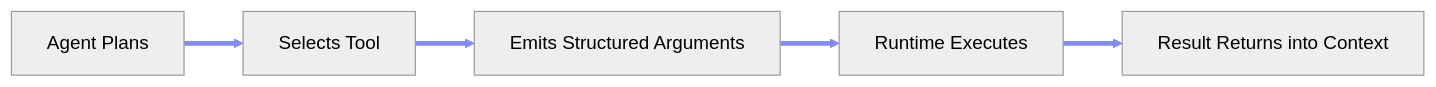
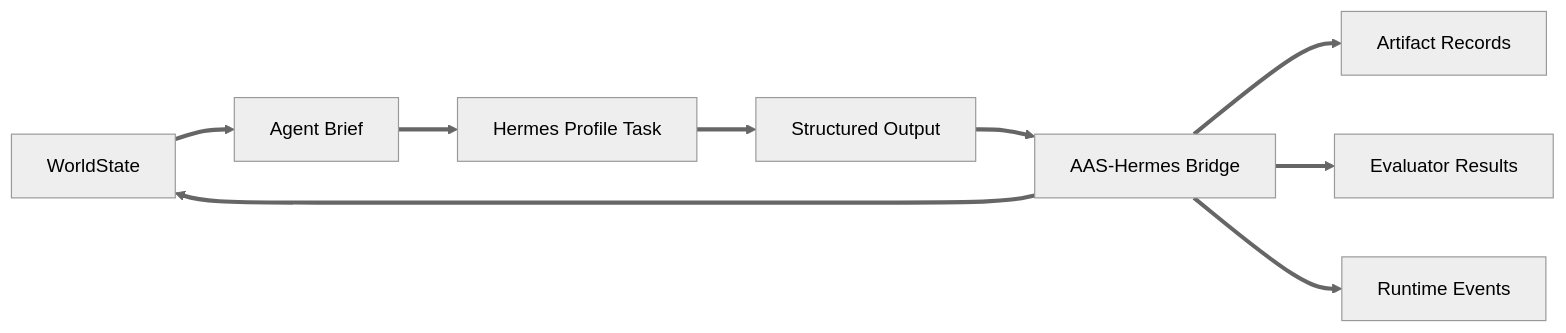
One commit to nyandesigns0/openclaw-guide changed the second of 2 diagrams in content/chapter-2.2.md. Above: the diagram before and after it, drawn with Mermaid (neutral theme). The commit also changed other lines of this file and 12 other files, not shown here.

Commit message:
docs: update chapters 1.1, 1.2, 2.1, 2.2, and 2.3 to define A.A.S. Field Runtime architecture, agent models, memory structures, and design principles

````diff
--- a/content/chapter-2.2.md
+++ b/content/chapter-2.2.md
@@ -146,10 +78,12 @@
 ```mermaid
 %%{init: {'flowchart': {'arrowMarkerSize': 1.5}}}%%
 flowchart LR
-    P[Agent Plans] ==> S[Selects Tool]
-    S ==> E[Emits Structured Arguments]
-    E ==> R[Runtime Executes]
-    R ==> C[Result Returns into Context]
-
-    linkStyle 0,1,2,3 stroke:#818cf8,stroke-width:4px
+    WS[WorldState] ==> BR[Agent Brief]
+    BR ==> AG[Hermes Profile Task]
+    AG ==> OUT[Structured Output]
+    OUT ==> EX[AAS-Hermes Bridge]
+    EX ==> ART[Artifact Records]
+    EX ==> EV[Evaluator Results]
+    EX ==> EVT[Runtime Events]
+    EX ==> WS
 ```
````
